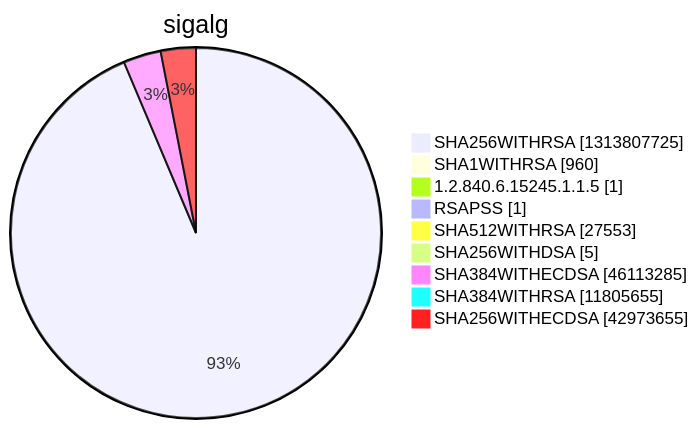
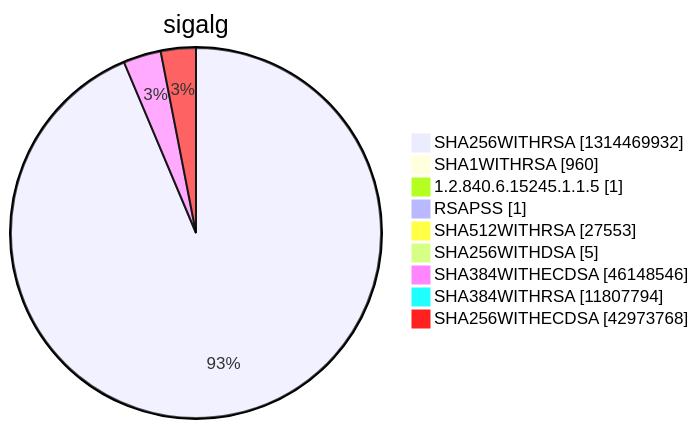
One commit to christiankrug/ctmonitor_visualization changed diagram 15 of 15 in argon2022/README.md. Above: the diagram before and after it, drawn with Mermaid. The commit also changed other lines of this file, not shown here.

````diff
--- a/argon2022/README.md
+++ b/argon2022/README.md
@@ -5523,13 +5523,13 @@
 ```mermaid
 pie showData
 title sigalg
-"SHA256WITHRSA" :1313807725
+"SHA256WITHRSA" :1314469932
 "SHA1WITHRSA" :960
 "1.2.840.6.15245.1.1.5" :1
 "RSAPSS" :1
 "SHA512WITHRSA" :27553
 "SHA256WITHDSA" :5
-"SHA384WITHECDSA" :46113285
-"SHA384WITHRSA" :11805655
-"SHA256WITHECDSA" :42973655
+"SHA384WITHECDSA" :46148546
+"SHA384WITHRSA" :11807794
+"SHA256WITHECDSA" :42973768
 ```
````
